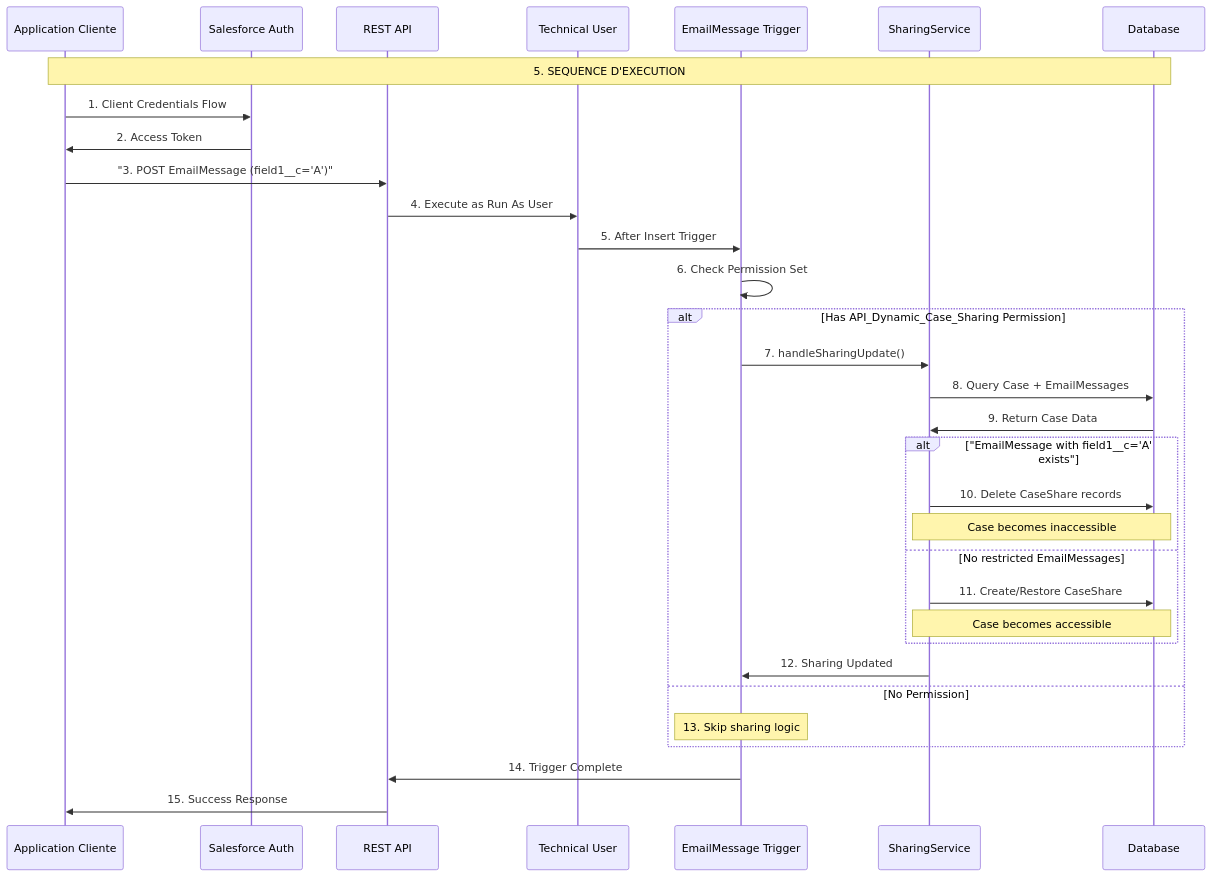
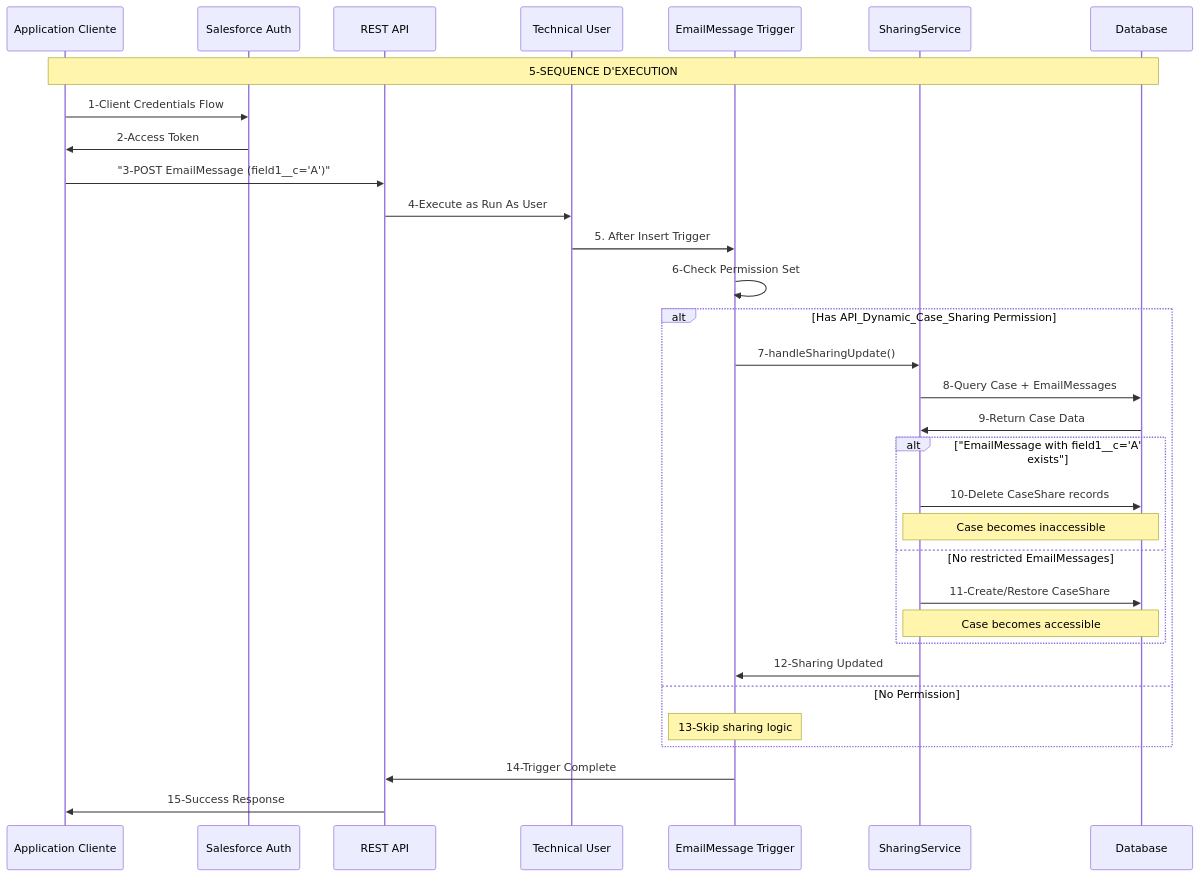
The fifth of 7 diagrams in Case-EmailMessag.md (alcabon/General-AI-Questions), drawn with Mermaid before and after one commit. The commit also changed other lines of this file, not shown here.

````diff
--- a/Case-EmailMessag.md
+++ b/Case-EmailMessag.md
@@ -1090,42 +1090,42 @@
 ```mermaid
 sequenceDiagram
     participant Client as Application Cliente
     participant SF as Salesforce Auth
     participant API as REST API
     participant User as Technical User
     participant Trigger as EmailMessage Trigger
     participant Service as SharingService
     participant DB as Database
 
-    Note over Client,DB: 5. SEQUENCE D'EXECUTION
+    Note over Client,DB: 5-SEQUENCE D'EXECUTION
 
-    Client->>SF: 1. Client Credentials Flow
-    SF->>Client: 2. Access Token
+    Client->>SF: 1-Client Credentials Flow
+    SF->>Client: 2-Access Token
     
-    Client->>API: "3. POST EmailMessage (field1__c='A')"
-    API->>User: 4. Execute as Run As User
+    Client->>API: "3-POST EmailMessage (field1__c='A')"
+    API->>User: 4-Execute as Run As User
     
     User->>Trigger: 5. After Insert Trigger
-    Trigger->>Trigger: 6. Check Permission Set
+    Trigger->>Trigger: 6-Check Permission Set
     
     alt Has API_Dynamic_Case_Sharing Permission
-        Trigger->>Service: 7. handleSharingUpdate()
-        Service->>DB: 8. Query Case + EmailMessages
-        DB->>Service: 9. Return Case Data
+        Trigger->>Service: 7-handleSharingUpdate()
+        Service->>DB: 8-Query Case + EmailMessages
+        DB->>Service: 9-Return Case Data
         
         alt "EmailMessage with field1__c='A' exists"
-            Service->>DB: 10. Delete CaseShare records
+            Service->>DB: 10-Delete CaseShare records
             Note over Service,DB: Case becomes inaccessible
         else No restricted EmailMessages
-            Service->>DB: 11. Create/Restore CaseShare
+            Service->>DB: 11-Create/Restore CaseShare
             Note over Service,DB: Case becomes accessible
         end
         
-        Service->>Trigger: 12. Sharing Updated
+        Service->>Trigger: 12-Sharing Updated
     else No Permission
-        Note over Trigger: 13. Skip sharing logic
+        Note over Trigger: 13-Skip sharing logic
     end
     
-    Trigger->>API: 14. Trigger Complete
-    API->>Client: 15. Success Response
+    Trigger->>API: 14-Trigger Complete
+    API->>Client: 15-Success Response
 ```
````
